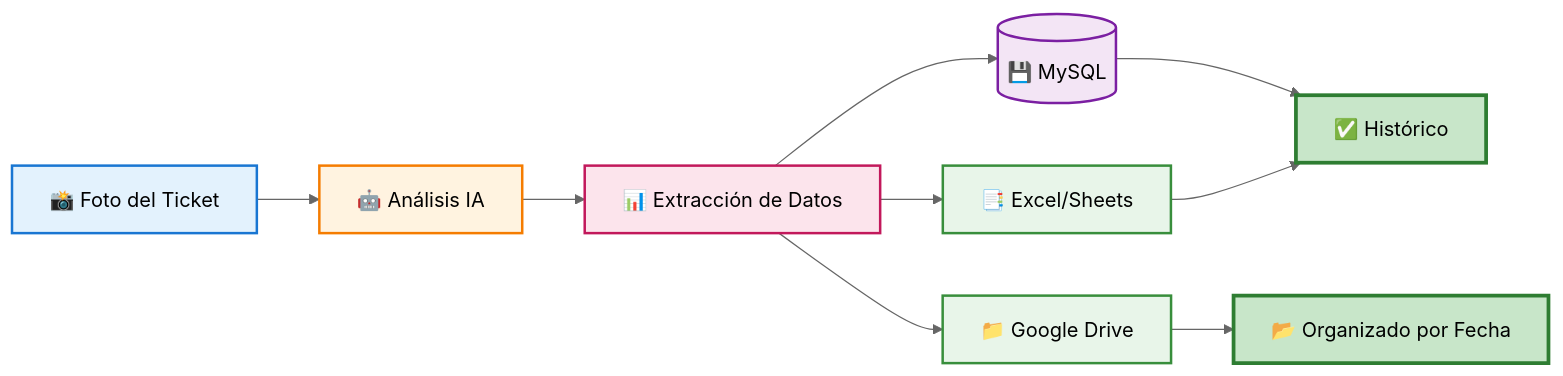
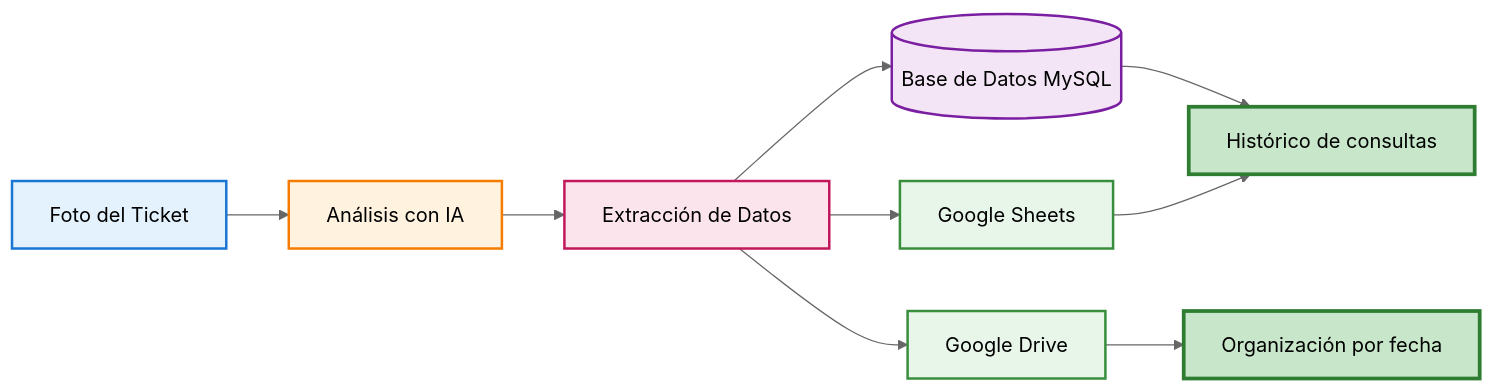
One commit to danistrix63/n8n_tikets changed the diagram in DEMO.md. Above: the diagram before and after it, drawn with Mermaid (neutral theme). The commit also changed other lines of this file and 2 other files, not shown here.

````diff
--- a/DEMO.md
+++ b/DEMO.md
@@ -5,21 +7,21 @@
 ```mermaid
 flowchart LR
-    A[📸 Foto del Ticket] --> B[🤖 Análisis IA]
-    B --> C[📊 Extracción de Datos]
-    C --> D[(💾 MySQL)]
-    C --> E[📑 Excel/Sheets]
-    C --> F[📁 Google Drive]
+    A[Foto del Ticket] --> B[Análisis con IA]
+    B --> C[Extracción de Datos]
+    C --> D[(Base de Datos MySQL)]
+    C --> E[Google Sheets]
+    C --> F[Google Drive]
     
-    D --> G[✅ Histórico]
+    D --> G[Histórico de consultas]
     E --> G
-    F --> H[📂 Organizado por Fecha]
+    F --> H[Organización por fecha]
     
     style A fill:#e3f2fd,stroke:#1976d2,stroke-width:2px
     style B fill:#fff3e0,stroke:#f57c00,stroke-width:2px
     style C fill:#fce4ec,stroke:#c2185b,stroke-width:2px
     style D fill:#f3e5f5,stroke:#7b1fa2,stroke-width:2px
     style E fill:#e8f5e9,stroke:#388e3c,stroke-width:2px
     style F fill:#e8f5e9,stroke:#388e3c,stroke-width:2px
     style G fill:#c8e6c9,stroke:#2e7d32,stroke-width:3px
     style H fill:#c8e6c9,stroke:#2e7d32,stroke-width:3px
 ```
````
